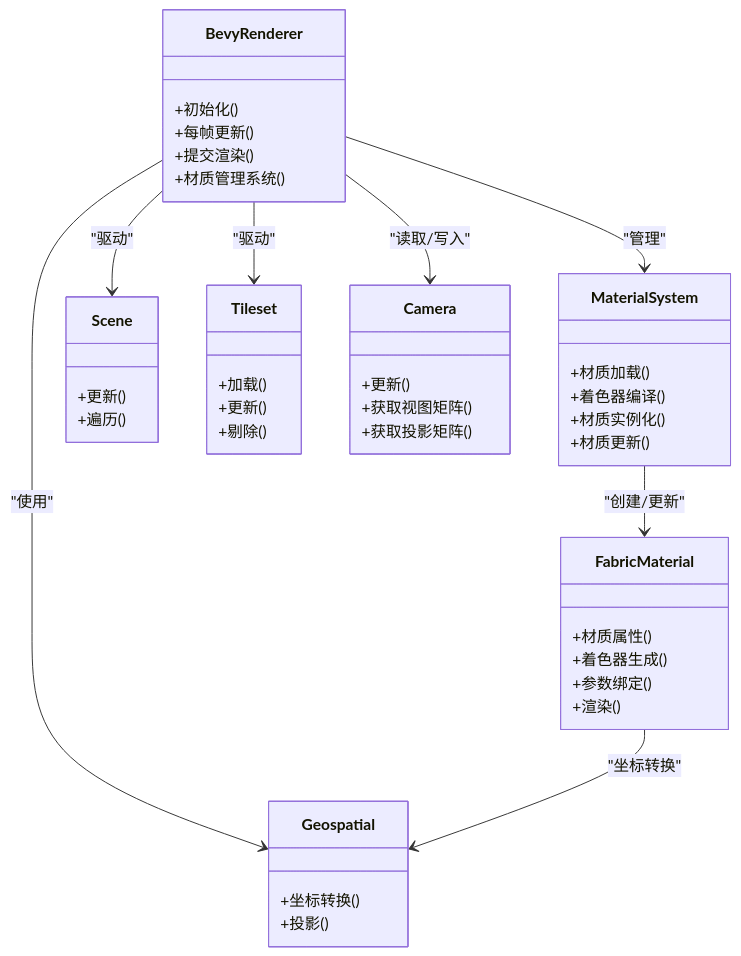
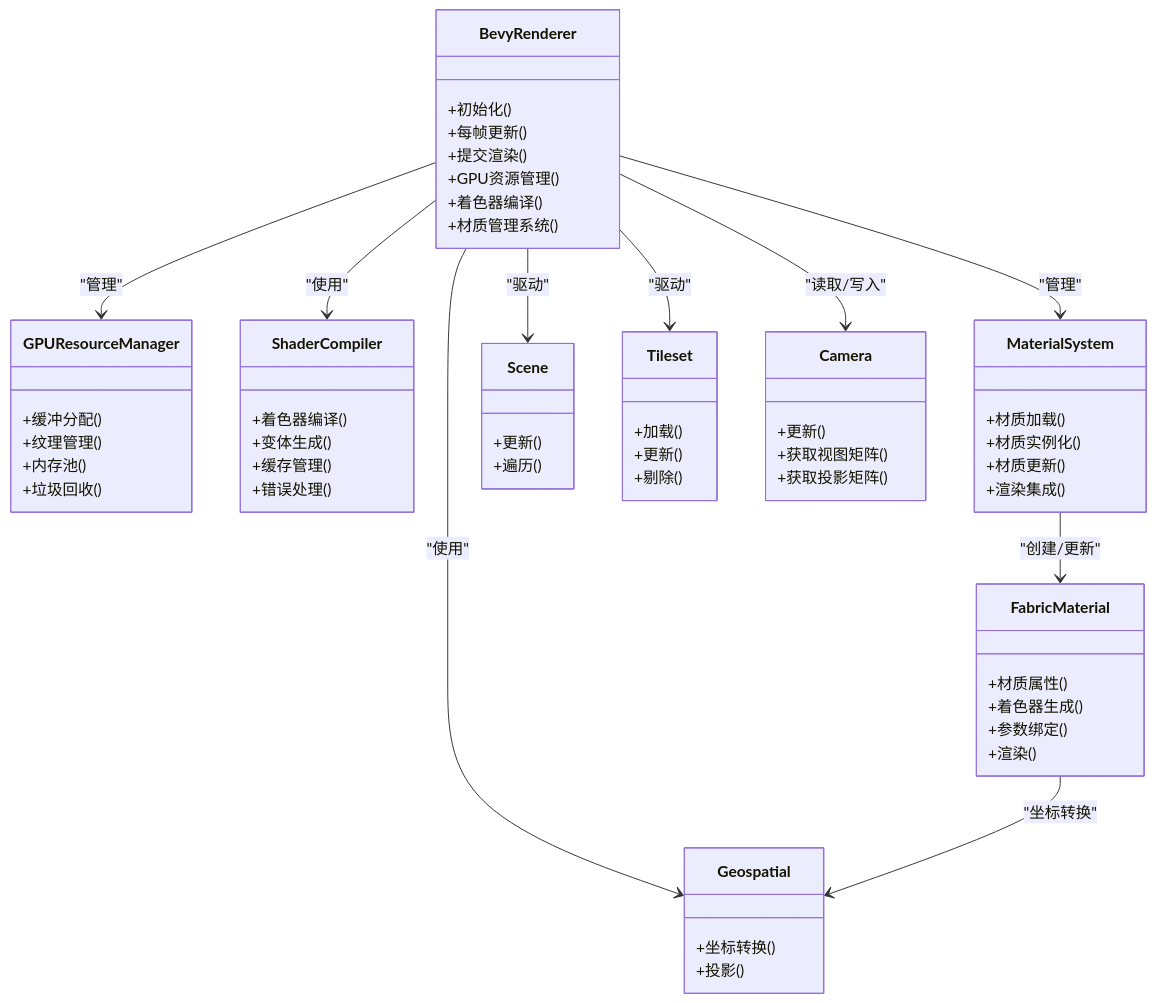
Before and after one commit to rzhangjing/cesium: the third of 7 diagrams in .qoder/repowiki/zh/content/项目概述/核心特性/3D渲染引擎/Bevy渲染适配器.md, drawn with Mermaid. The commit also changed other lines of this file and 27 other files, not shown here.

````diff
--- a/.qoder/repowiki/zh/content/项目概述/核心特性/3D渲染引擎/Bevy渲染适配器.md
+++ b/.qoder/repowiki/zh/content/项目概述/核心特性/3D渲染引擎/Bevy渲染适配器.md
@@ -220,46 +239,62 @@
 ```mermaid
 classDiagram
 class BevyRenderer {
 +初始化()
 +每帧更新()
 +提交渲染()
++GPU资源管理()
++着色器编译()
 +材质管理系统()
+}
+class GPUResourceManager {
++缓冲分配()
++纹理管理()
++内存池()
++垃圾回收()
+}
+class ShaderCompiler {
++着色器编译()
++变体生成()
++缓存管理()
++错误处理()
 }
 class MaterialSystem {
 +材质加载()
-+着色器编译()
 +材质实例化()
 +材质更新()
++渲染集成()
 }
 class FabricMaterial {
 +材质属性()
 +着色器生成()
 +参数绑定()
 +渲染()
 }
 class Scene {
 +更新()
 +遍历()
 }
 class Tileset {
 +加载()
 +更新()
 +剔除()
 }
 class Camera {
 +更新()
 +获取视图矩阵()
 +获取投影矩阵()
 }
 class Geospatial {
 +坐标转换()
 +投影()
 }
+BevyRenderer --> GPUResourceManager : "管理"
+BevyRenderer --> ShaderCompiler : "使用"
 BevyRenderer --> MaterialSystem : "管理"
 MaterialSystem --> FabricMaterial : "创建/更新"
 BevyRenderer --> Scene : "驱动"
 BevyRenderer --> Tileset : "驱动"
 BevyRenderer --> Camera : "读取/写入"
 BevyRenderer --> Geospatial : "使用"
 FabricMaterial --> Geospatial : "坐标转换"
 ```
````
